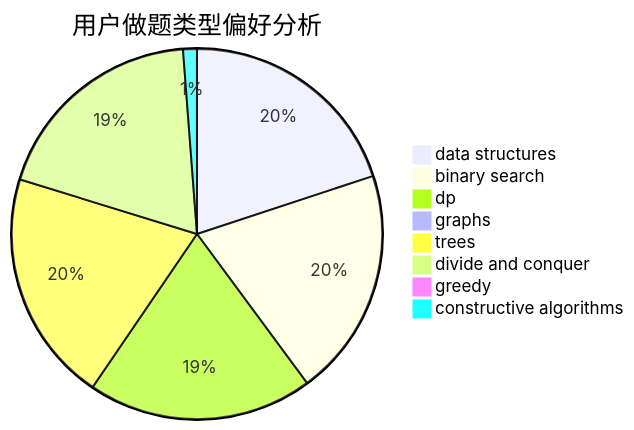
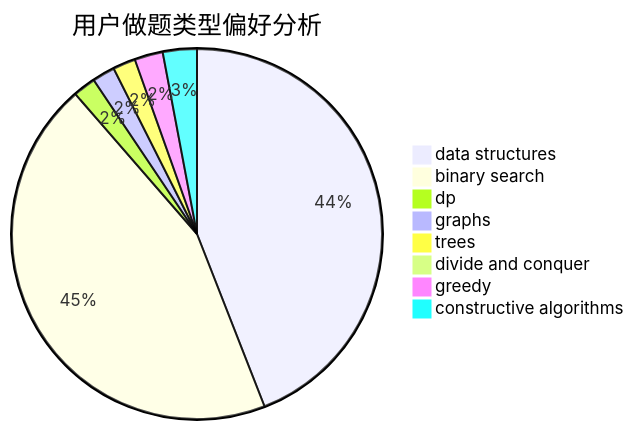
One commit to sherpahu/cfrs.github.io changed the second of 3 diagrams in docs/user/u793.md. Above: the diagram before and after it, drawn with Mermaid. The commit also changed other lines of this file and 2770 other files, not shown here.

````diff
--- a/docs/user/u793.md
+++ b/docs/user/u793.md
@@ -23,11 +23,11 @@
 ```mermaid
 pie title 用户做题类型偏好分析
-    "data structures" :  66
-    "binary search" :  66
-    "dp" :  65
-    "graphs" :  3
-    "trees" :  67
-    "divide and conquer" :  63
-    "greedy" :  1
-    "constructive algorithms" :  4
+    "data structures" :  89
+    "binary search" :  90
+    "dp" :  4
+    "graphs" :  4
+    "trees" :  4
+    "divide and conquer" :  0
+    "greedy" :  5
+    "constructive algorithms" :  6
 ```
````
